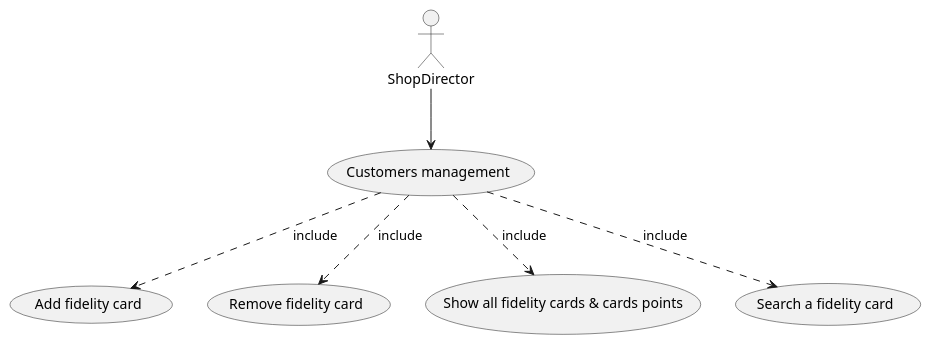
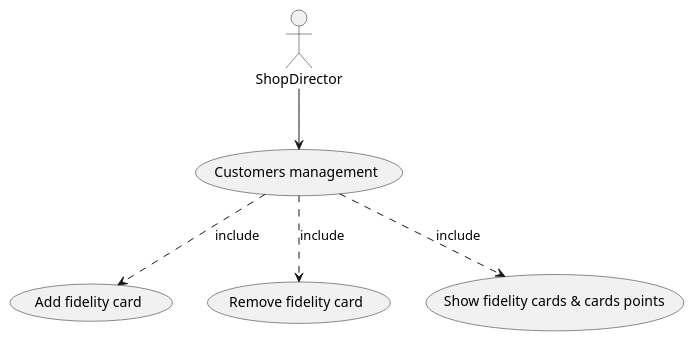
Before and after one commit to Stormz4/group20-EzShop: the sixth of 11 diagrams in Deliverables/RequirementsDocument.md, drawn with PlantUML. The commit also changed other lines of this file, not shown here.

Commit message:
Doc: Minor changes, merged show & filter (filter is a variant of show). Updated use case diagrams

````diff
--- a/Deliverables/RequirementsDocument.md
+++ b/Deliverables/RequirementsDocument.md
@@ -335,11 +330,10 @@
 ```plantuml
 @startuml
 
 :ShopDirector: --> (Customers management)
 (Customers management) ..> (Add fidelity card) : include
 (Customers management) ..> (Remove fidelity card) : include
-(Customers management) ..> (Show all fidelity cards & cards points) : include
-(Customers management) ..> (Search a fidelity card) : include
+(Customers management) ..> (Show fidelity cards & cards points) : include
 
 @enduml
 ```
````
